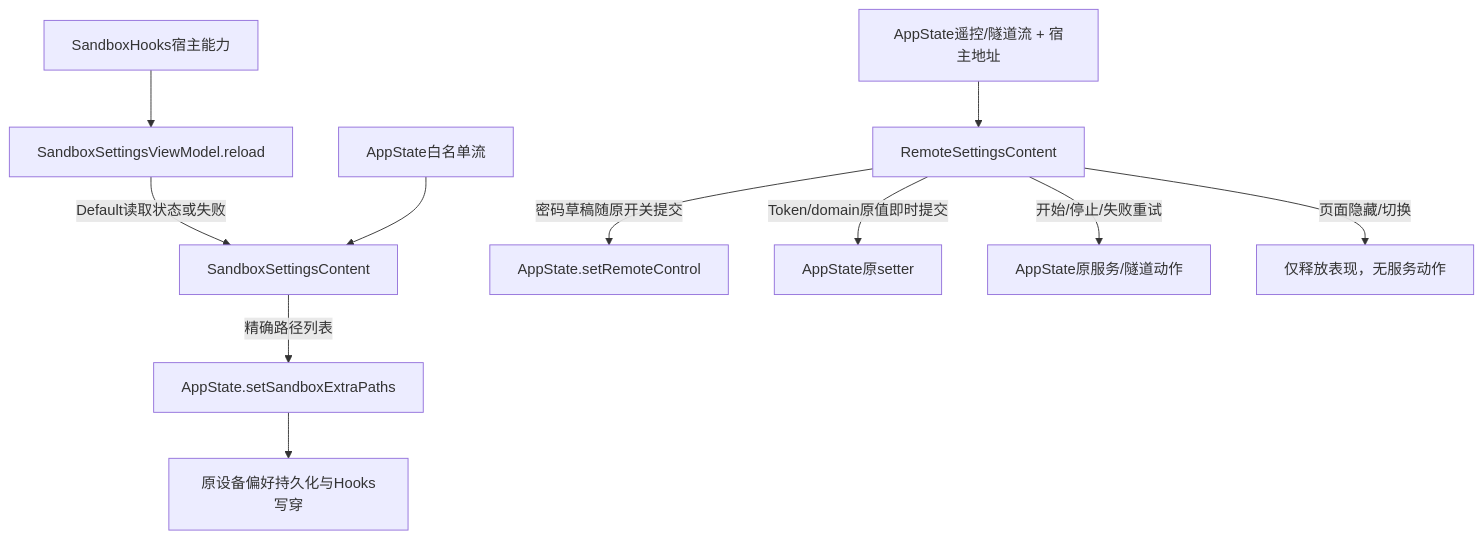
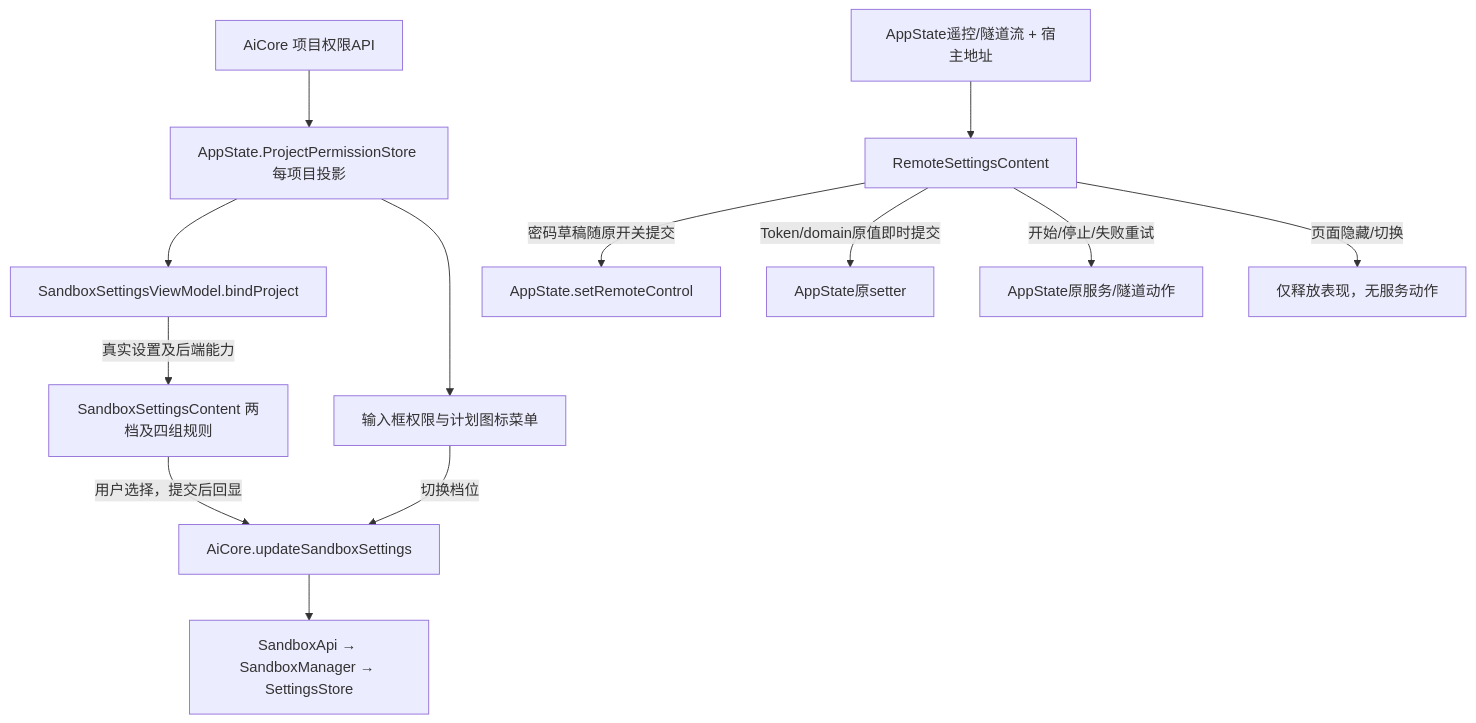
Diagram 29 of 47 in docs/architecture/04-flows.md (lzdev42/mederi), drawn with Mermaid before and after one commit. The commit also changed other lines of this file and 391 other files, not shown here.

````diff
--- a/docs/architecture/04-flows.md
+++ b/docs/architecture/04-flows.md
@@ -983,13 +1055,15 @@
 ```mermaid
 flowchart TD
-    Hook[SandboxHooks宿主能力] --> VM[SandboxSettingsViewModel.reload]
-    VM -->|Default读取状态或失败| Sandbox[SandboxSettingsContent]
-    Pref[AppState白名单流] --> Sandbox
-    Sandbox -->|精确路径列表| Write[AppState.setSandboxExtraPaths]
-    Write --> Store[原设备偏好持久化与Hooks写穿]
+    API[AiCore 项目权限API] --> Projection[AppState.ProjectPermissionStore 每项目投影]
+    Projection --> VM[SandboxSettingsViewModel.bindProject]
+    Projection --> Composer[输入框权限与计划图标菜单]
+    VM -->|真实设置及后端能力| Sandbox[SandboxSettingsContent 两档及四组规则]
+    Composer -->|切换档位| Write
+    Sandbox -->|用户选择，提交后回显| Write[AiCore.updateSandboxSettings]
+    Write --> Store[SandboxApi → SandboxManager → SettingsStore]
     Remote[AppState遥控/隧道流 + 宿主地址] --> Content[RemoteSettingsContent]
     Content -->|密码草稿随原开关提交| Toggle[AppState.setRemoteControl]
     Content -->|Token/domain原值即时提交| Setter[AppState原setter]
     Content -->|开始/停止/失败重试| Actions[AppState原服务/隧道动作]
     Content -->|页面隐藏/切换| None[仅释放表现，无服务动作]
 ```
````
